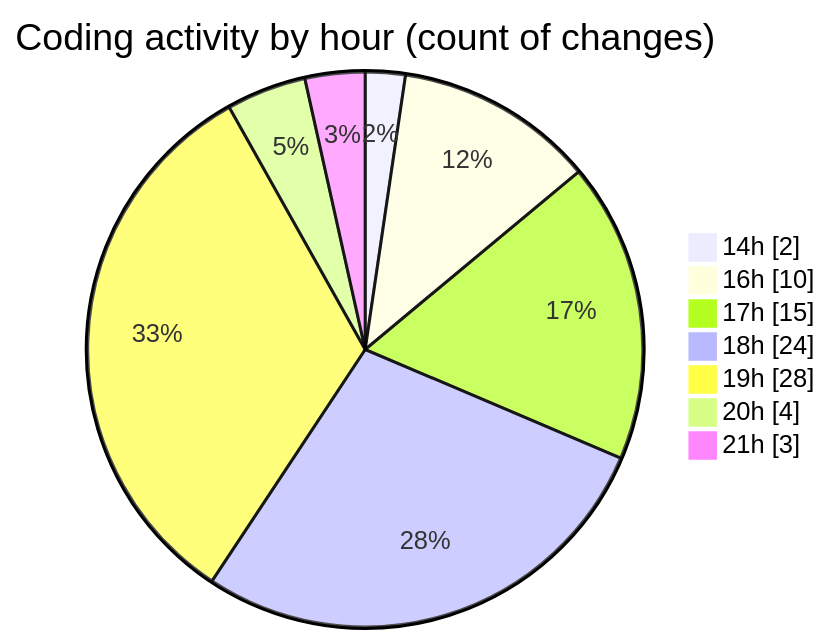
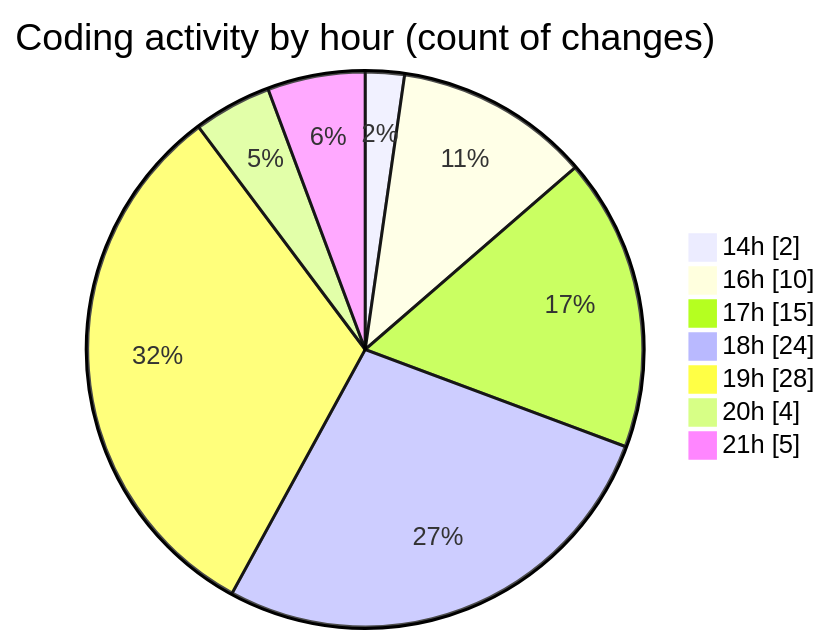
The second of 2 diagrams in 2025-06-18/scopesketch-app/README.md (Ritupan-Deka/code-tracking), drawn with Mermaid before and after one commit. The commit also changed other lines of this file and 1 other file, not shown here.

````diff
--- a/2025-06-18/scopesketch-app/README.md
+++ b/2025-06-18/scopesketch-app/README.md
@@ -45,11 +45,11 @@
 ```mermaid
 pie showData
 title Coding activity by hour (count of changes)
 "14h" : 2
 "16h" : 10
 "17h" : 15
 "18h" : 24
 "19h" : 28
 "20h" : 4
-"21h" : 3
+"21h" : 5
 ```
````
